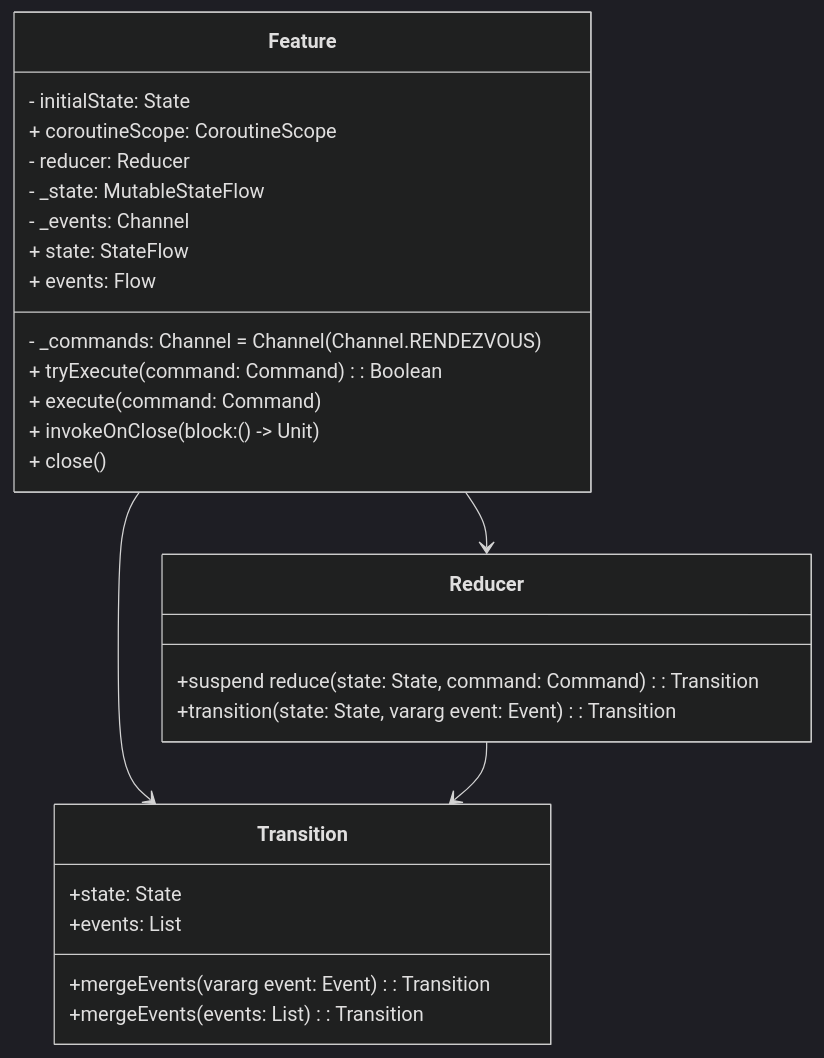
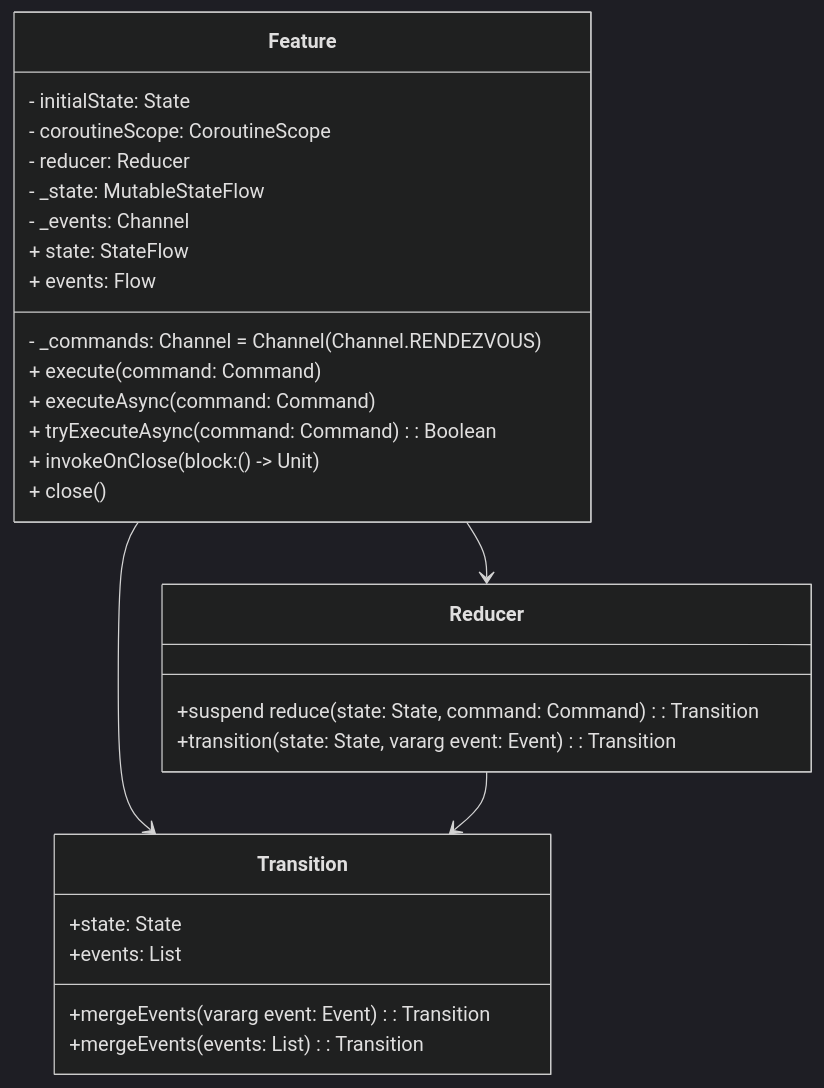
The first of 3 diagrams in README.md (numq/reduce-and-conquer), drawn with Mermaid (dark theme) before and after one commit. The commit also changed other lines of this file, not shown here.

````diff
--- a/README.md
+++ b/README.md
@@ -58,31 +58,32 @@
 ```mermaid
 classDiagram
     class Feature {
         - initialState: State
-        + coroutineScope: CoroutineScope
+        - coroutineScope: CoroutineScope
         - reducer: Reducer<Command, State, Event>
         - _state: MutableStateFlow<State>
         - _events: Channel<Event>
         - _commands: Channel<Command> = Channel(Channel.RENDEZVOUS)
         + state: StateFlow<State>
         + events: Flow<Event>
-        + tryExecute(command: Command): Boolean
         + execute(command: Command)
+        + executeAsync(command: Command)
+        + tryExecuteAsync(command: Command): Boolean
         + invokeOnClose(block: () -> Unit)
         + close()
     }
     class Reducer {
         +suspend reduce(state: State, command: Command): Transition<State, Event>
         +transition(state: State, vararg event: Event): Transition<State, Event>
     }
     class Transition {
         +state: State
         +events: List<Event>
         +mergeEvents(vararg event: Event): Transition<State, Event>
         +mergeEvents(events: List<Event>): Transition<State, Event>
     }
 
     Feature --> Reducer
     Feature --> Transition
     Reducer --> Transition
 ```
````
